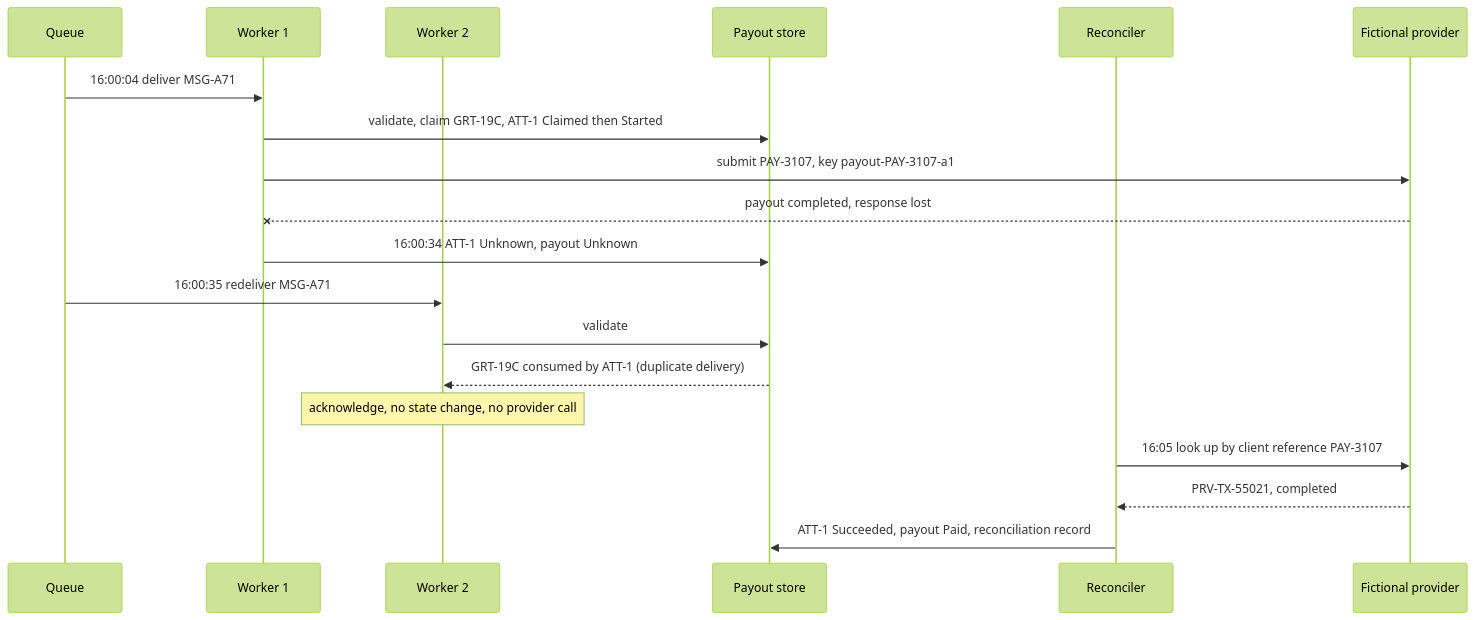
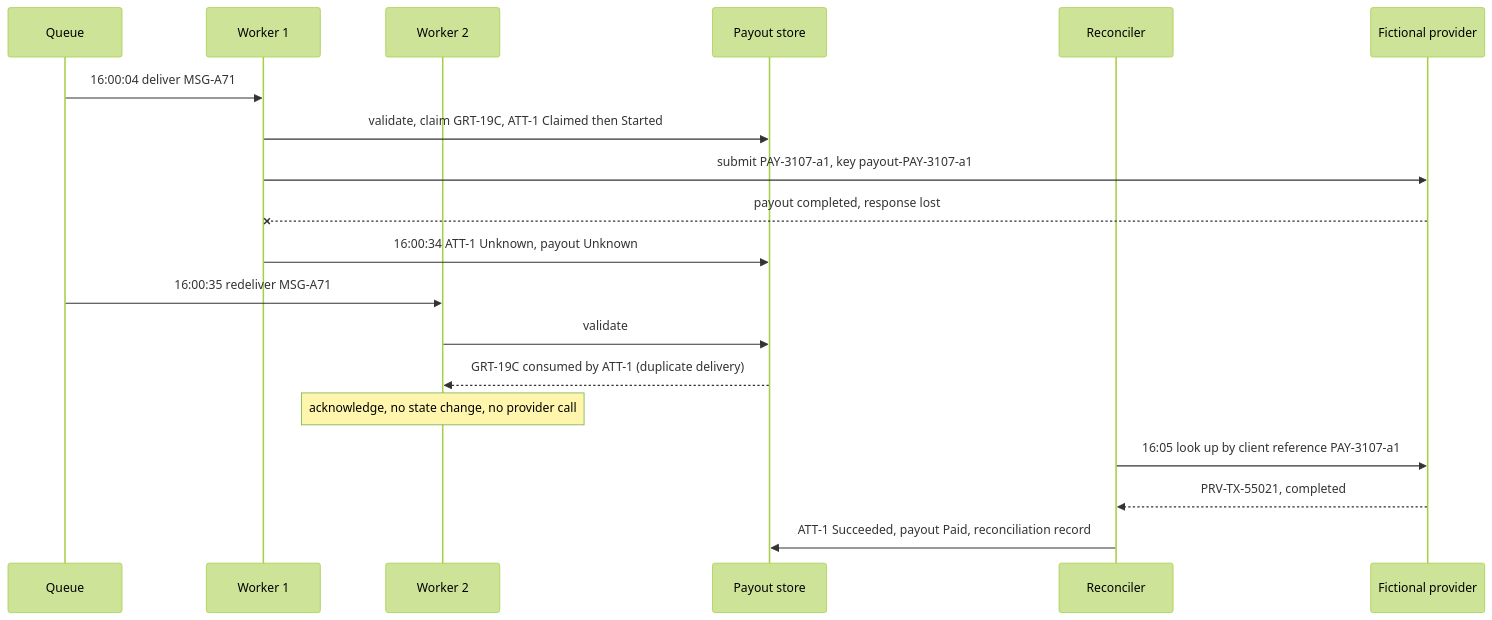
The second of 2 diagrams in docs/case-studies/delayed-financial-payout-and-ambiguous-external-commit.md (AsiBackbone/Learning), drawn with Mermaid (forest theme) before and after one commit. The commit also changed other lines of this file and 1 other file, not shown here.

First line of the commit message:
Tighten the payout case study's consistency and recovery guarantees

````diff
--- a/docs/case-studies/delayed-financial-payout-and-ambiguous-external-commit.md
+++ b/docs/case-studies/delayed-financial-payout-and-ambiguous-external-commit.md
@@ -513,22 +571,22 @@
 ```mermaid
 sequenceDiagram
     participant Q as Queue
     participant W1 as Worker 1
     participant W2 as Worker 2
     participant S as Payout store
     participant R as Reconciler
     participant P as Fictional provider
 
     Q->>W1: 16:00:04 deliver MSG-A71
     W1->>S: validate, claim GRT-19C, ATT-1 Claimed then Started
-    W1->>P: submit PAY-3107, key payout-PAY-3107-a1
+    W1->>P: submit PAY-3107-a1, key payout-PAY-3107-a1
     P--xW1: payout completed, response lost
     W1->>S: 16:00:34 ATT-1 Unknown, payout Unknown
     Q->>W2: 16:00:35 redeliver MSG-A71
     W2->>S: validate
     S-->>W2: GRT-19C consumed by ATT-1 (duplicate delivery)
     Note over W2: acknowledge, no state change, no provider call
-    R->>P: 16:05 look up by client reference PAY-3107
+    R->>P: 16:05 look up by client reference PAY-3107-a1
     P-->>R: PRV-TX-55021, completed
     R->>S: ATT-1 Succeeded, payout Paid, reconciliation record
 ```
````
